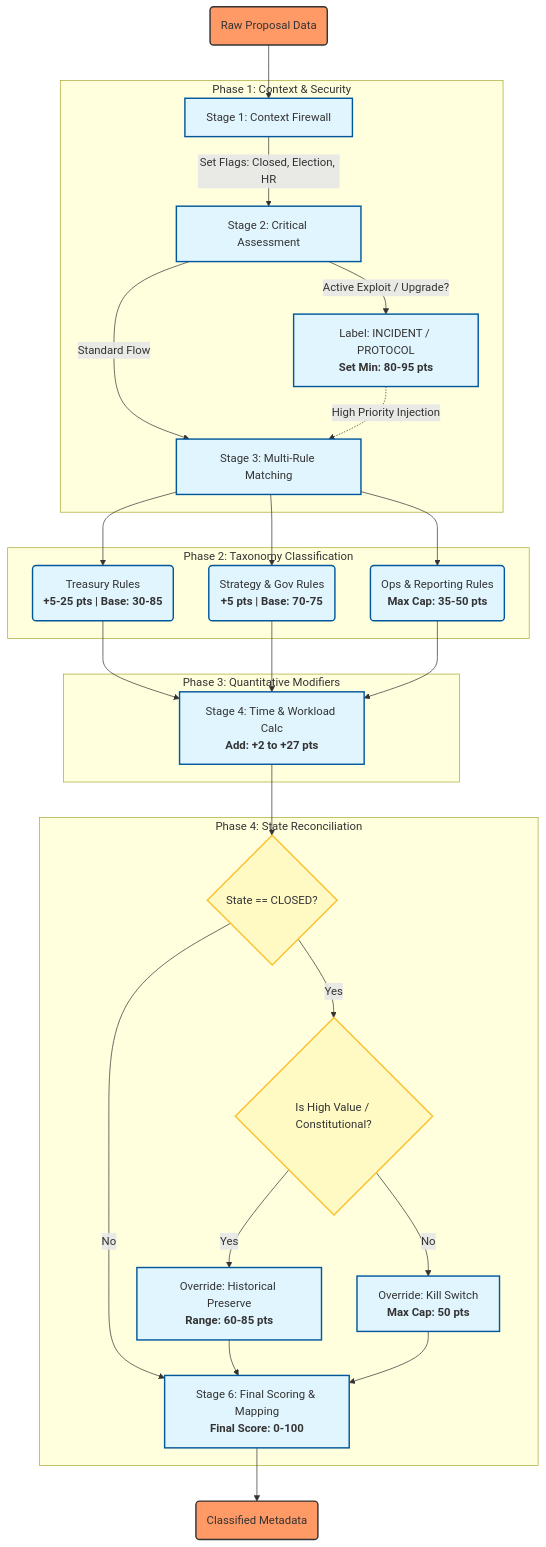
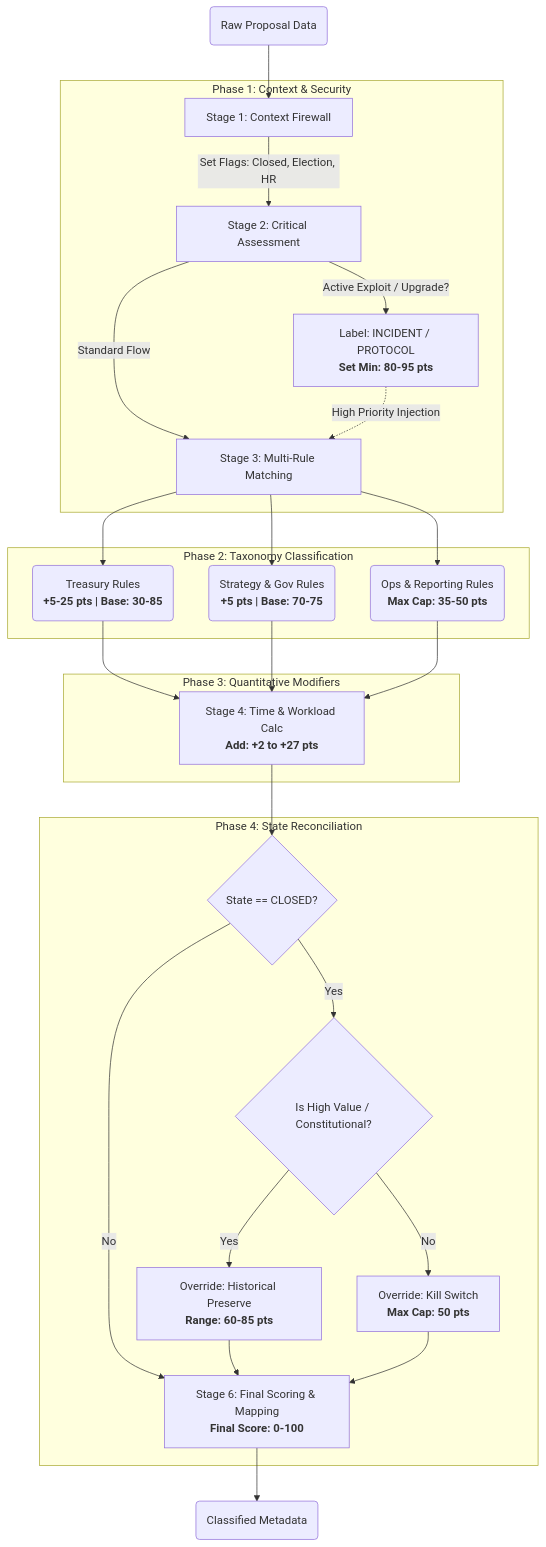
The diagram in rulebook.md (pawel-wyszomirski/participation-architecture), drawn with Mermaid before and after one commit.

Commit message:
Update rulebook.md with flow diagram

````diff
--- a/rulebook.md
+++ b/rulebook.md
@@ -392,55 +392,46 @@
 ```mermaid
 graph TD
     %% -- INPUT --
     Input(Raw Proposal Data) --> S1
 
     %% -- PHASE 1: CONTEXT & SECURITY --
     subgraph "Phase 1: Context & Security"
         S1[Stage 1: Context Firewall] -->|Set Flags: Closed, Election, HR| S2[Stage 2: Critical Assessment]
         S2 -->|Active Exploit / Upgrade?| Crit["Label: INCIDENT / PROTOCOL<br/><b>Set Min: 80-95 pts</b>"]
         S2 -->|Standard Flow| S3
         Crit -.->|High Priority Injection| S3
     end
 
     %% -- PHASE 2: CLASSIFICATION --
     subgraph "Phase 2: Taxonomy Classification"
         S3[Stage 3: Multi-Rule Matching]
         S3 --> R1("Treasury Rules<br/><b>+5-25 pts | Base: 30-85</b>")
         S3 --> R2("Strategy & Gov Rules<br/><b>+5 pts | Base: 70-75</b>")
         S3 --> R3("Ops & Reporting Rules<br/><b>Max Cap: 35-50 pts</b>")
     end
 
     %% -- PHASE 3: MODIFIERS --
     subgraph "Phase 3: Quantitative Modifiers"
         R1 & R2 & R3 --> S4["Stage 4: Time & Workload Calc<br/><b>Add: +2 to +27 pts</b>"]
     end
 
     %% -- PHASE 4: STATE RECONCILIATION --
     subgraph "Phase 4: State Reconciliation"
         S4 --> G1{State == CLOSED?}
         
         %% Active Items Path
         G1 -- No --> S6
         
         %% Closed Items Path (Exceptions Logic)
         G1 -- Yes --> G2{Is High Value / Constitutional?}
         G2 -- Yes --> S5A["Override: Historical Preserve<br/><b>Range: 60-85 pts</b>"]
         G2 -- No --> S5B["Override: Kill Switch<br/><b>Max Cap: 50 pts</b>"]
         
         S5A --> S6
         S5B --> S6
     end
 
     %% -- OUTPUT --
     S6["Stage 6: Final Scoring & Mapping<br/><b>Final Score: 0-100</b>"] --> Output(Classified Metadata)
 
-    %% Styling
-    classDef termination fill:#f96,stroke:#333,stroke-width:2px;
-    classDef logic fill:#e1f5fe,stroke:#01579b,stroke-width:2px;
-    classDef decision fill:#fff9c4,stroke:#fbc02d,stroke-width:2px;
-    
-    class Input,Output termination;
-    class S1,S2,S3,S4,S5A,S5B,S6,Crit,R1,R2,R3 logic;
-    class G1,G2 decision;
-
 ```
````
